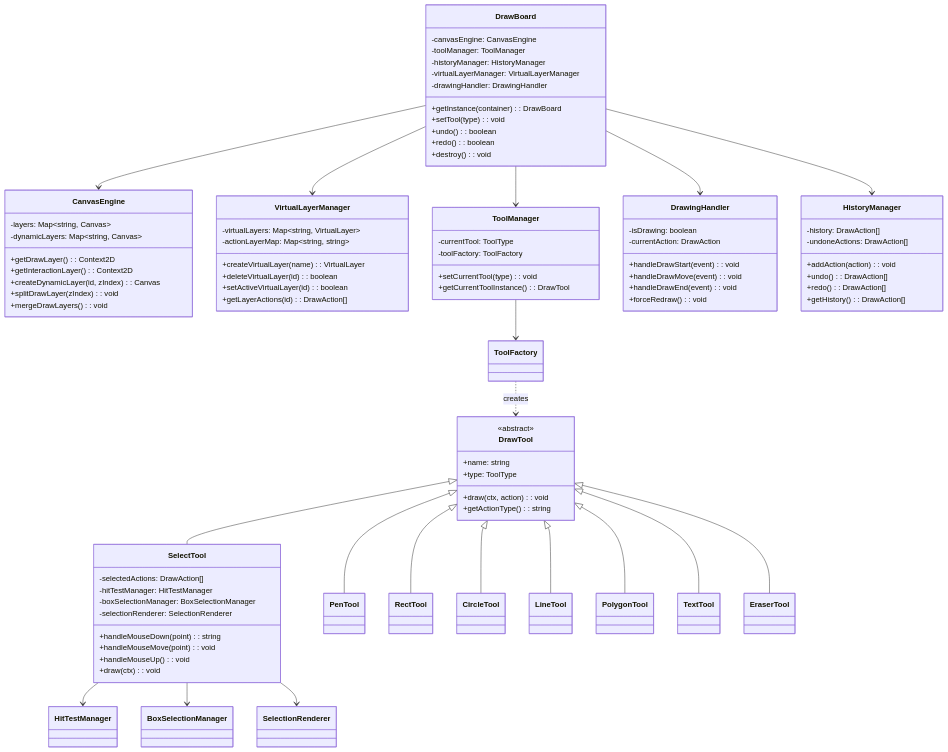
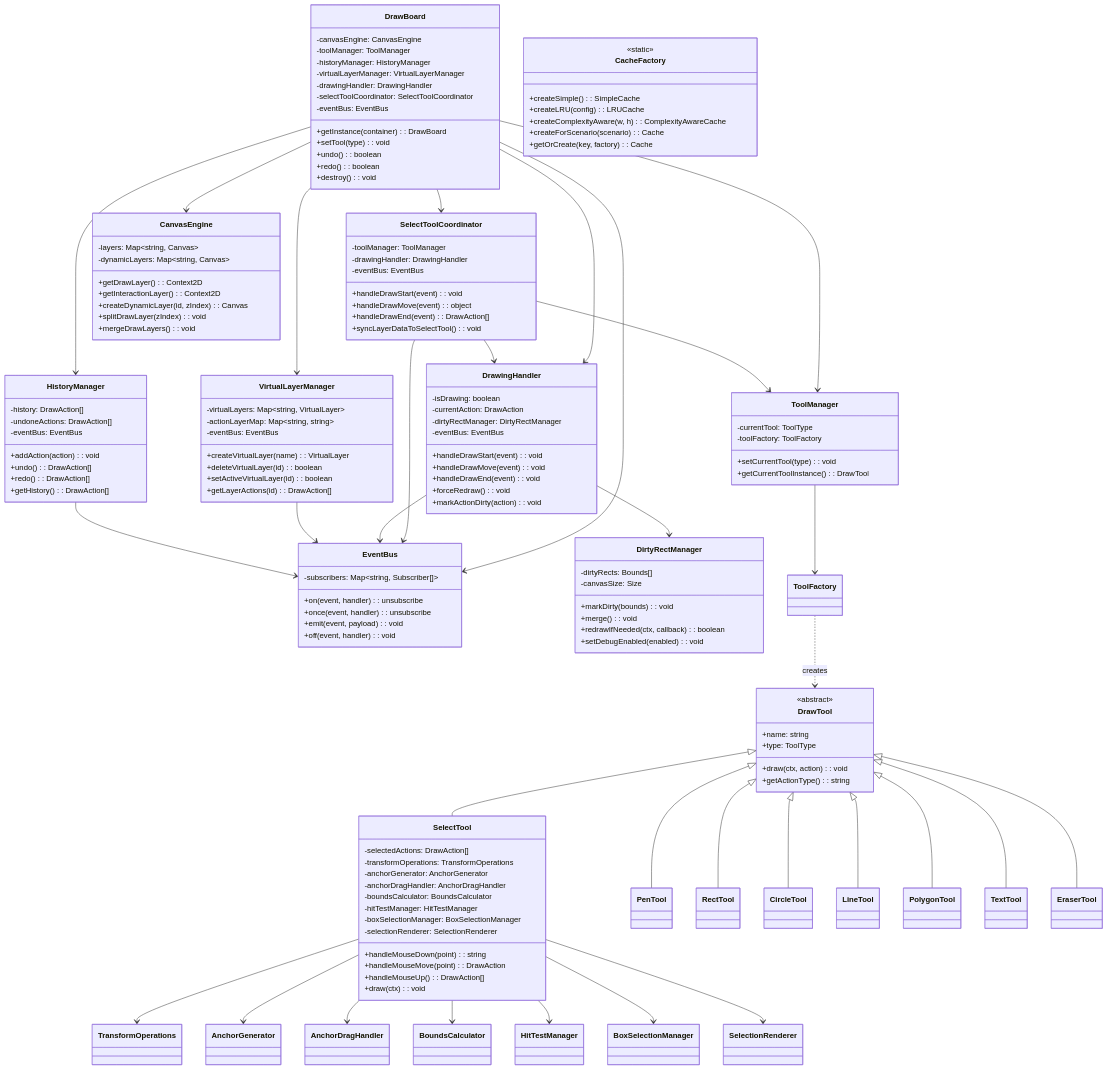
One commit to wuminghaozhan/drawBoard changed the second of 10 diagrams in docs/UML/DESIGN.md. Above: the diagram before and after it, drawn with Mermaid. The commit also changed other lines of this file and 88 other files, not shown here.

```diff
--- a/docs/UML/DESIGN.md
+++ b/docs/UML/DESIGN.md
@@ -62,11 +77,31 @@
         -historyManager: HistoryManager
         -virtualLayerManager: VirtualLayerManager
         -drawingHandler: DrawingHandler
+        -selectToolCoordinator: SelectToolCoordinator
+        -eventBus: EventBus
         +getInstance(container): DrawBoard
         +setTool(type): void
         +undo(): boolean
         +redo(): boolean
         +destroy(): void
+    }
+    
+    class EventBus {
+        -subscribers: Map~string, Subscriber[]~
+        +on(event, handler): unsubscribe
+        +once(event, handler): unsubscribe
+        +emit(event, payload): void
+        +off(event, handler): void
+    }
+    
+    class SelectToolCoordinator {
+        -toolManager: ToolManager
+        -drawingHandler: DrawingHandler
+        -eventBus: EventBus
+        +handleDrawStart(event): void
+        +handleDrawMove(event): object
+        +handleDrawEnd(event): DrawAction[]
+        +syncLayerDataToSelectTool(): void
     }
     
     class CanvasEngine {
@@ -82,6 +117,7 @@
     class VirtualLayerManager {
         -virtualLayers: Map~string, VirtualLayer~
         -actionLayerMap: Map~string, string~
+        -eventBus: EventBus
         +createVirtualLayer(name): VirtualLayer
         +deleteVirtualLayer(id): boolean
         +setActiveVirtualLayer(id): boolean
@@ -105,27 +141,53 @@
     
     class SelectTool {
         -selectedActions: DrawAction[]
+        -transformOperations: TransformOperations
+        -anchorGenerator: AnchorGenerator
+        -anchorDragHandler: AnchorDragHandler
+        -boundsCalculator: BoundsCalculator
         -hitTestManager: HitTestManager
         -boxSelectionManager: BoxSelectionManager
         -selectionRenderer: SelectionRenderer
         +handleMouseDown(point): string
-        +handleMouseMove(point): void
-        +handleMouseUp(): void
+        +handleMouseMove(point): DrawAction
+        +handleMouseUp(): DrawAction[]
         +draw(ctx): void
     }
     
     class DrawingHandler {
         -isDrawing: boolean
         -currentAction: DrawAction
+        -dirtyRectManager: DirtyRectManager
+        -eventBus: EventBus
         +handleDrawStart(event): void
         +handleDrawMove(event): void
         +handleDrawEnd(event): void
         +forceRedraw(): void
+        +markActionDirty(action): void
+    }
+    
+    class DirtyRectManager {
+        -dirtyRects: Bounds[]
+        -canvasSize: Size
+        +markDirty(bounds): void
+        +merge(): void
+        +redrawIfNeeded(ctx, callback): boolean
+        +setDebugEnabled(enabled): void
+    }
+    
+    class CacheFactory {
+        <<static>>
+        +createSimple(): SimpleCache
+        +createLRU(config): LRUCache
+        +createComplexityAware(w, h): ComplexityAwareCache
+        +createForScenario(scenario): Cache
+        +getOrCreate(key, factory): Cache
     }
     
     class HistoryManager {
         -history: DrawAction[]
         -undoneActions: DrawAction[]
+        -eventBus: EventBus
         +addAction(action): void
         +undo(): DrawAction[]
         +redo(): DrawAction[]
@@ -137,6 +199,18 @@
     DrawBoard --> HistoryManager
     DrawBoard --> VirtualLayerManager
     DrawBoard --> DrawingHandler
+    DrawBoard --> SelectToolCoordinator
+    DrawBoard --> EventBus
+    
+    SelectToolCoordinator --> ToolManager
+    SelectToolCoordinator --> DrawingHandler
+    SelectToolCoordinator --> EventBus
+    
+    DrawingHandler --> DirtyRectManager
+    DrawingHandler --> EventBus
+    
+    VirtualLayerManager --> EventBus
+    HistoryManager --> EventBus
     
     ToolManager --> ToolFactory
     ToolFactory ..> DrawTool : creates
@@ -150,6 +224,10 @@
     DrawTool <|-- TextTool
     DrawTool <|-- EraserTool
     
+    SelectTool --> TransformOperations
+    SelectTool --> AnchorGenerator
+    SelectTool --> AnchorDragHandler
+    SelectTool --> BoundsCalculator
     SelectTool --> HitTestManager
     SelectTool --> BoxSelectionManager
     SelectTool --> SelectionRenderer
```
